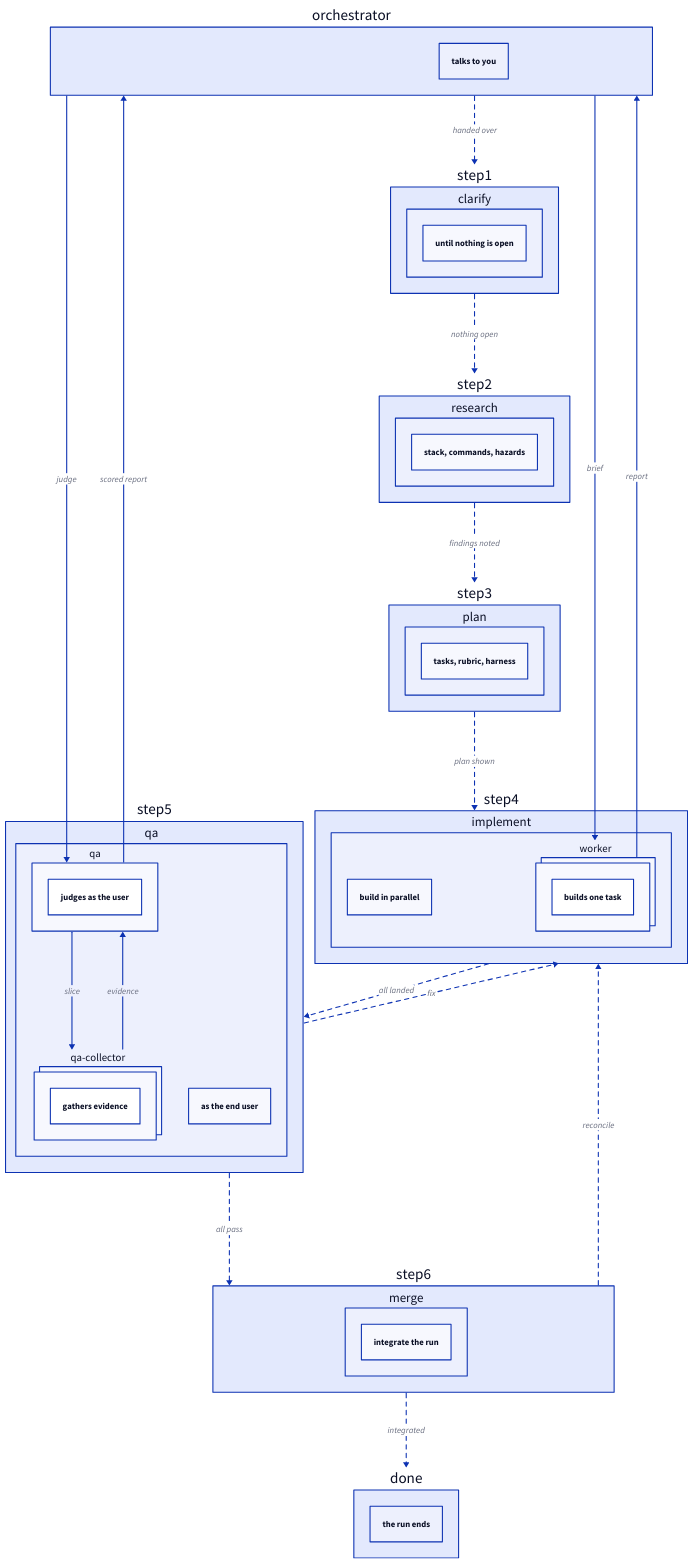
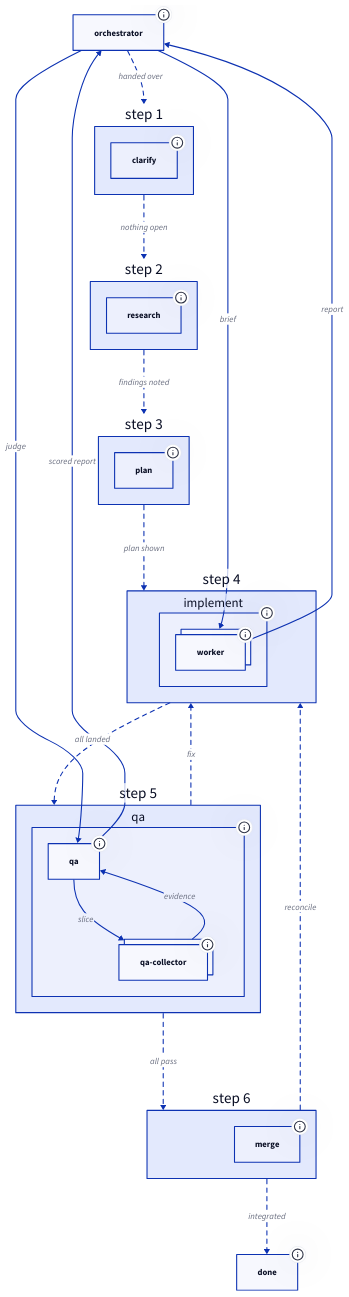
One commit to nunomota/dacapo changed the diagram in loops/core/loop.d2. Above: the diagram before and after it, drawn with D2. The commit also changed 23 other files, not shown here.

```diff
--- a/loops/core/loop.d2
+++ b/loops/core/loop.d2
@@ -1,66 +1,72 @@
 direction: down
 
 classes: {
   entry: {}
   agent: {}
   swarm: { style.multiple: true }
   exit: {}
   stage: {}
   transition: { style.stroke-dash: 4 }
   back: { style.stroke-dash: 4 }
   handover: {}
 }
 
-orchestrator: { class: entry; summary: talks to you }
+orchestrator: { class: entry; tooltip: talks to you }
 
 step1: {
-  clarify: { class: stage; summary: until nothing is open }
+  label: step 1
+  clarify: { class: stage; tooltip: until nothing is open }
 }
 
 step2: {
-  research: { class: stage; summary: stack, commands, hazards }
+  label: step 2
+  research: { class: stage; tooltip: stack, commands, hazards }
 }
 
 step3: {
-  plan: { class: stage; summary: tasks, rubric, harness }
+  label: step 3
+  plan: { class: stage; tooltip: tasks, rubric, harness }
 }
 
 step4: {
+  label: step 4
   implement: {
     class: stage
-    summary: build in parallel
-    worker: { class: swarm; summary: builds one task }
+    tooltip: build in parallel
+    worker: { class: swarm; tooltip: builds one task }
   }
 }
 
 step5: {
+  label: step 5
   qa: {
     class: stage
-    summary: as the end user
-    qa: { class: agent; summary: judges as the user }
-    qa-collector: { class: swarm; summary: gathers evidence }
+    tooltip: as the end user
+    qa: { class: agent; tooltip: judges as the user }
+    qa-collector: { class: swarm; tooltip: gathers evidence }
   }
 }
 
 step6: {
-  merge: { class: stage; summary: integrate the run }
+  label: step 6
+  merge: { class: stage; tooltip: integrate the run }
 }
 
-done: { class: exit; summary: the run ends }
+done: { class: exit; tooltip: the run ends }
 
 orchestrator -> step1: handed over { class: transition }
 step1 -> step2: nothing open { class: transition }
 step2 -> step3: findings noted { class: transition }
 step3 -> step4: plan shown { class: transition }
 step4 -> step5: all landed { class: transition }
 step5 -> step6: all pass { class: transition }
 step5 -> step4: fix { class: back }
 step6 -> step4: reconcile { class: back }
 step6 -> done: integrated { class: transition }
 
 orchestrator -> step4.implement.worker: brief { class: handover }
 step4.implement.worker -> orchestrator: report { class: handover }
 orchestrator -> step5.qa.qa: judge { class: handover }
 step5.qa.qa -> orchestrator: scored report { class: handover }
 step5.qa.qa -> step5.qa.qa-collector: slice { class: handover }
 step5.qa.qa-collector -> step5.qa.qa: evidence { class: handover }
```
